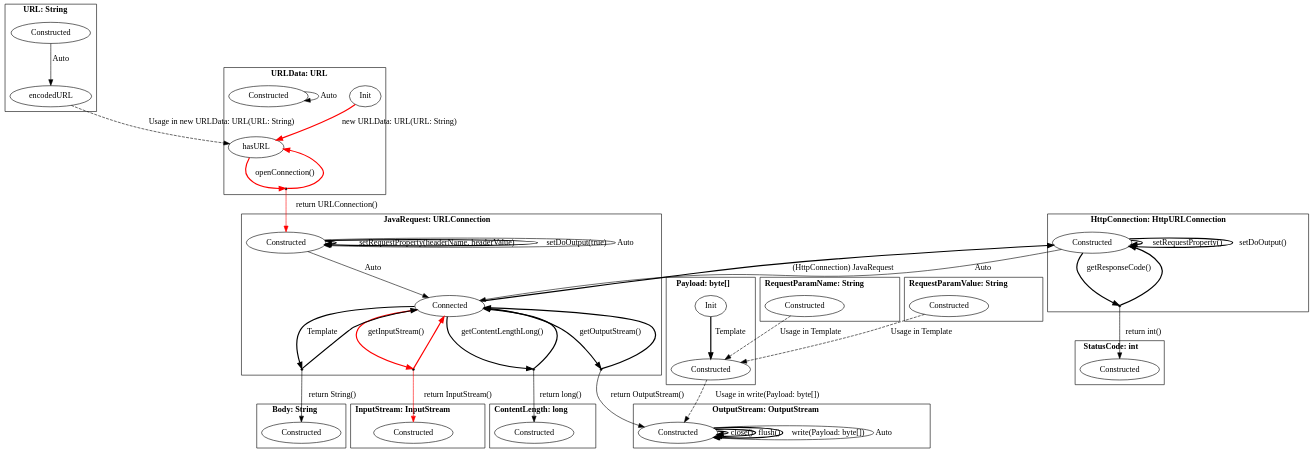
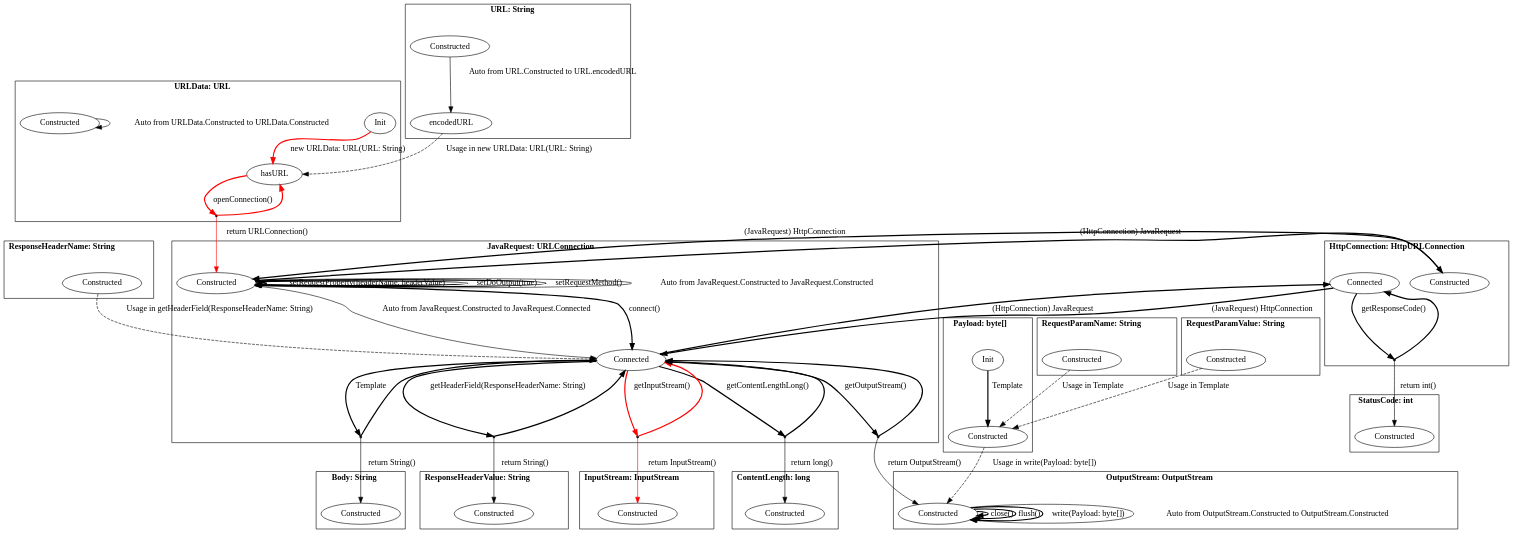
One commit to h31/LibraryMigration changed the diagram in pictures/extracted_javaOfficial.dot. Above: the diagram before and after it, drawn with Graphviz. The commit also changed 14 other files, not shown here.

```diff
--- a/pictures/extracted_javaOfficial.dot
+++ b/pictures/extracted_javaOfficial.dot
@@ -1,100 +1,116 @@
 digraph G {
     bgcolor="transparent";
     subgraph cluster0 {
     label = <<B>URL: String</B>>;
         Constructed_URL [ label="Constructed" ];
         encodedURL_URL [ label="encodedURL" ];
     }
     subgraph cluster1 {
     label = <<B>URLData: URL</B>>;
         Init_URLData [ label="Init" ];
         hasURL_URLData [ label="hasURL" ];
         Constructed_URLData [ label="Constructed" ];
         virtual0 [ shape = point ];
     }
     subgraph cluster2 {
     label = <<B>JavaRequest: URLConnection</B>>;
         Constructed_JavaRequest [ label="Constructed" ];
         Connected_JavaRequest [ label="Connected" ];
         virtual1 [ shape = point ];
         virtual2 [ shape = point ];
         virtual3 [ shape = point ];
         virtual4 [ shape = point ];
+        virtual5 [ shape = point ];
     }
     subgraph cluster3 {
     label = <<B>Body: String</B>>;
         Constructed_Body [ label="Constructed" ];
     }
     subgraph cluster4 {
     label = <<B>InputStream: InputStream</B>>;
         Constructed_InputStream [ label="Constructed" ];
     }
     subgraph cluster5 {
     label = <<B>ContentLength: long</B>>;
         Constructed_ContentLength [ label="Constructed" ];
     }
     subgraph cluster6 {
     label = <<B>StatusCode: int</B>>;
         Constructed_StatusCode [ label="Constructed" ];
     }
     subgraph cluster7 {
     label = <<B>HttpConnection: HttpURLConnection</B>>;
         Constructed_HttpConnection [ label="Constructed" ];
-        virtual5 [ shape = point ];
+        Connected_HttpConnection [ label="Connected" ];
+        virtual6 [ shape = point ];
     }
     subgraph cluster8 {
     label = <<B>OutputStream: OutputStream</B>>;
         Constructed_OutputStream [ label="Constructed" ];
     }
     subgraph cluster9 {
     label = <<B>Payload: byte[]</B>>;
         Init_Payload [ label="Init" ];
         Constructed_Payload [ label="Constructed" ];
     }
     subgraph cluster10 {
     label = <<B>RequestParamName: String</B>>;
         Constructed_RequestParamName [ label="Constructed" ];
     }
     subgraph cluster11 {
     label = <<B>RequestParamValue: String</B>>;
         Constructed_RequestParamValue [ label="Constructed" ];
     }
-        Constructed_URL -> encodedURL_URL [ label="Auto", style = "solid"  ];
+    subgraph cluster12 {
+    label = <<B>ResponseHeaderName: String</B>>;
+        Constructed_ResponseHeaderName [ label="Constructed" ];
+    }
+    subgraph cluster13 {
+    label = <<B>ResponseHeaderValue: String</B>>;
+        Constructed_ResponseHeaderValue [ label="Constructed" ];
+    }
+        Constructed_URL -> encodedURL_URL [ label="Auto from URL.Constructed to URL.encodedURL", style = "solid"  ];
         encodedURL_URL -> hasURL_URLData [ label="Usage in new URLData: URL(URL: String)", style = "dashed"  ];
         Init_URLData -> hasURL_URLData [ label="new URLData: URL(URL: String)", style = "bold" , color = red ];
         hasURL_URLData -> virtual0 [ style = "bold" label="openConnection()" , color = red ];
         virtual0 -> hasURL_URLData [ style = "bold" , color = red ];
         virtual0 -> Constructed_JavaRequest [ label="return URLConnection()" , color = red ];
-        Constructed_URLData -> Constructed_URLData [ label="Auto", style = "solid"  ];
-        Constructed_JavaRequest -> Connected_JavaRequest [ label="Auto", style = "solid"  ];
+        Constructed_URLData -> Constructed_URLData [ label="Auto from URLData.Constructed to URLData.Constructed", style = "solid"  ];
+        Constructed_JavaRequest -> Constructed_HttpConnection [ label="(HttpConnection) JavaRequest", style = "bold"  ];
+        Connected_JavaRequest -> Connected_HttpConnection [ label="(HttpConnection) JavaRequest", style = "bold"  ];
+        Constructed_JavaRequest -> Connected_JavaRequest [ label="Auto from JavaRequest.Constructed to JavaRequest.Connected", style = "solid"  ];
+        Constructed_JavaRequest -> Connected_JavaRequest [ label="connect()", style = "bold"  ];
         Connected_JavaRequest -> virtual1 [ style = "bold" label="Template"  ];
         virtual1 -> Connected_JavaRequest [ style = "bold"  ];
         virtual1 -> Constructed_Body [ label="return String()"  ];
         Connected_JavaRequest -> virtual2 [ style = "bold" label="getInputStream()" , color = red ];
         virtual2 -> Connected_JavaRequest [ style = "bold" , color = red ];
         virtual2 -> Constructed_InputStream [ label="return InputStream()" , color = red ];
         Constructed_JavaRequest -> Constructed_JavaRequest [ label="setRequestProperty(headerName, headerValue)", style = "bold"  ];
         Constructed_JavaRequest -> Constructed_JavaRequest [ label="setDoOutput(true)", style = "bold"  ];
+        Constructed_JavaRequest -> Constructed_JavaRequest [ label="setRequestMethod()", style = "bold"  ];
         Connected_JavaRequest -> virtual3 [ style = "bold" label="getContentLengthLong()"  ];
         virtual3 -> Connected_JavaRequest [ style = "bold"  ];
         virtual3 -> Constructed_ContentLength [ label="return long()"  ];
         Connected_JavaRequest -> virtual4 [ style = "bold" label="getOutputStream()"  ];
         virtual4 -> Connected_JavaRequest [ style = "bold"  ];
         virtual4 -> Constructed_OutputStream [ label="return OutputStream()"  ];
-        Connected_JavaRequest -> Constructed_HttpConnection [ label="(HttpConnection) JavaRequest", style = "bold"  ];
-        Constructed_JavaRequest -> Constructed_JavaRequest [ label="Auto", style = "solid"  ];
-        Constructed_HttpConnection -> Connected_JavaRequest [ label="Auto", style = "solid"  ];
-        Constructed_HttpConnection -> virtual5 [ style = "bold" label="getResponseCode()"  ];
-        virtual5 -> Constructed_HttpConnection [ style = "bold"  ];
-        virtual5 -> Constructed_StatusCode [ label="return int()"  ];
-        Constructed_HttpConnection -> Constructed_HttpConnection [ label="setRequestProperty()", style = "bold"  ];
-        Constructed_HttpConnection -> Constructed_HttpConnection [ label="setDoOutput()", style = "bold"  ];
+        Connected_JavaRequest -> virtual5 [ style = "bold" label="getHeaderField(ResponseHeaderName: String)"  ];
+        virtual5 -> Connected_JavaRequest [ style = "bold"  ];
+        virtual5 -> Constructed_ResponseHeaderValue [ label="return String()"  ];
+        Constructed_JavaRequest -> Constructed_JavaRequest [ label="Auto from JavaRequest.Constructed to JavaRequest.Constructed", style = "solid"  ];
+        Constructed_HttpConnection -> Constructed_JavaRequest [ label="(JavaRequest) HttpConnection", style = "bold"  ];
+        Connected_HttpConnection -> Connected_JavaRequest [ label="(JavaRequest) HttpConnection", style = "bold"  ];
+        Connected_HttpConnection -> virtual6 [ style = "bold" label="getResponseCode()"  ];
+        virtual6 -> Connected_HttpConnection [ style = "bold"  ];
+        virtual6 -> Constructed_StatusCode [ label="return int()"  ];
         Constructed_OutputStream -> Constructed_OutputStream [ label="close()", style = "bold"  ];
         Constructed_OutputStream -> Constructed_OutputStream [ label="flush()", style = "bold"  ];
         Constructed_OutputStream -> Constructed_OutputStream [ label="write(Payload: byte[])", style = "bold"  ];
-        Constructed_OutputStream -> Constructed_OutputStream [ label="Auto", style = "solid"  ];
+        Constructed_OutputStream -> Constructed_OutputStream [ label="Auto from OutputStream.Constructed to OutputStream.Constructed", style = "solid"  ];
         Init_Payload -> Constructed_Payload [ label="Template", style = "bold"  ];
         Constructed_Payload -> Constructed_OutputStream [ label="Usage in write(Payload: byte[])", style = "dashed"  ];
         Constructed_RequestParamName -> Constructed_Payload [ label="Usage in Template", style = "dashed"  ];
         Constructed_RequestParamValue -> Constructed_Payload [ label="Usage in Template", style = "dashed"  ];
+        Constructed_ResponseHeaderName -> Connected_JavaRequest [ label="Usage in getHeaderField(ResponseHeaderName: String)", style = "dashed"  ];
 }
```
